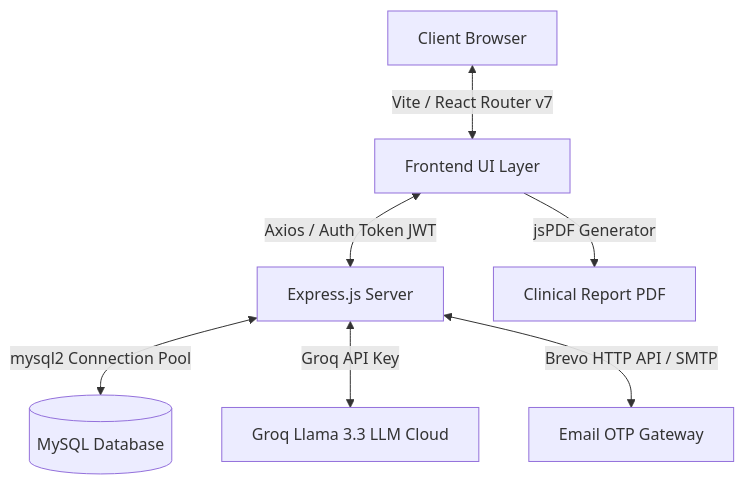
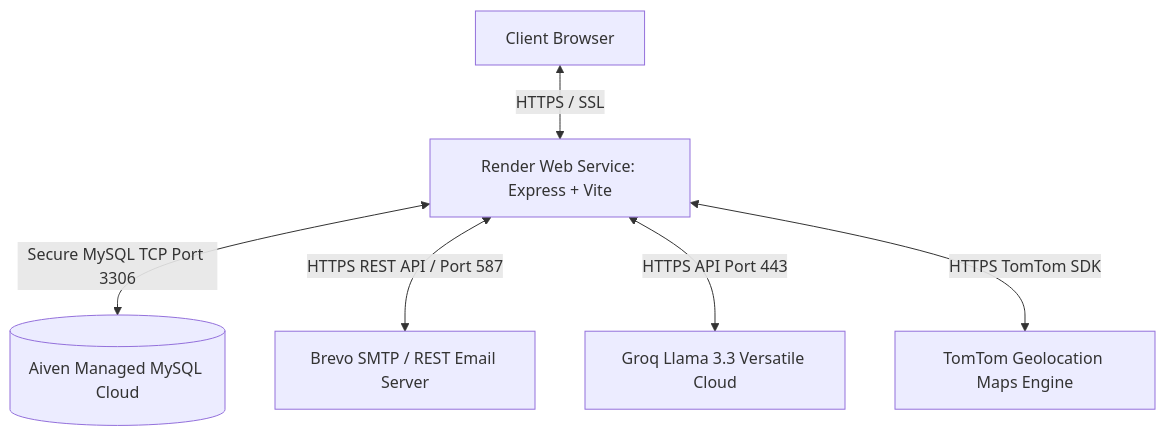
The first of 4 diagrams in PROJECT_OVERVIEW.md (nsuryachandra16-tech/Chikista), drawn with Mermaid before and after one commit. The commit also changed other lines of this file, not shown here.

````diff
--- a/PROJECT_OVERVIEW.md
+++ b/PROJECT_OVERVIEW.md
@@ -13,9 +11,8 @@
 ```mermaid
 graph TD
-    A[Client Browser] <-->|Vite / React Router v7| B[Frontend UI Layer]
-    B <-->|Axios / Auth Token JWT| C[Express.js Server]
-    C <-->|mysql2 Connection Pool| D[(MySQL Database)]
-    C <-->|Groq API Key| E[Groq Llama 3.3 LLM Cloud]
-    C <-->|Brevo HTTP API / SMTP| F[Email OTP Gateway]
-    B -->|jsPDF Generator| G[Clinical Report PDF]
+    User[Client Browser] <-->|HTTPS / SSL| Render[Render Web Service: Express + Vite]
+    Render <-->|Secure MySQL TCP Port 3306| Aiven[(Aiven Managed MySQL Cloud)]
+    Render <-->|HTTPS REST API / Port 587| Brevo[Brevo SMTP / REST Email Server]
+    Render <-->|HTTPS API Port 443| Groq[Groq Llama 3.3 Versatile Cloud]
+    Render <-->|HTTPS TomTom SDK| TomTom[TomTom Geolocation Maps Engine]
 ```
````
